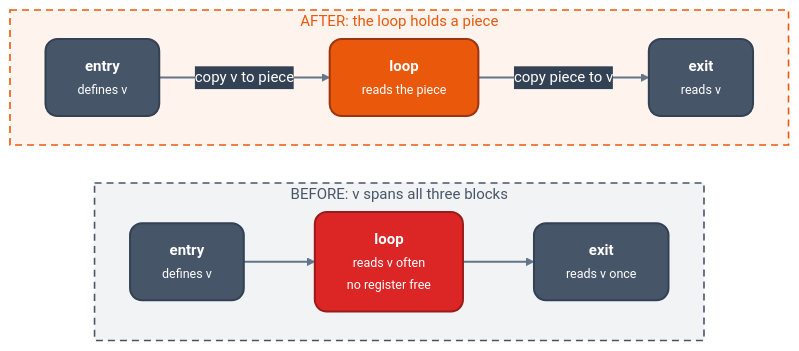
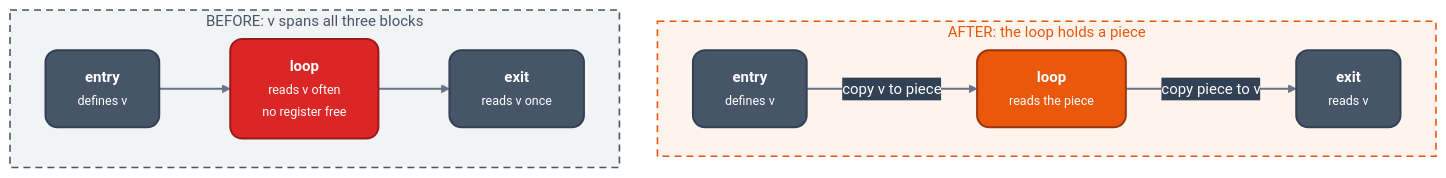
The diagram in docs/machine/register-allocation/splitting.md (ali-mosavian/llrm), drawn with Mermaid before and after one commit. The commit also changed 3 other files, not shown here.

````diff
--- a/docs/machine/register-allocation/splitting.md
+++ b/docs/machine/register-allocation/splitting.md
@@ -34,19 +34,19 @@
 ```mermaid
 %%{init: {'theme':'base','themeVariables':{'fontFamily':'Segoe UI, Helvetica Neue, Arial, DejaVu Sans, sans-serif','fontSize':'15px','primaryColor':'#475569','primaryTextColor':'#ffffff','primaryBorderColor':'#334155','lineColor':'#64748b','secondaryColor':'#475569','tertiaryColor':'transparent','clusterBkg':'transparent','clusterBorder':'#64748b','edgeLabelBackground':'#334155','textColor':'#64748b','titleColor':'#64748b'},'flowchart':{'curve':'basis','nodeSpacing':38,'rankSpacing':46,'padding':16,'htmlLabels':true,'useMaxWidth':true}}}%%
-flowchart LR
+flowchart TB
   classDef src fill:#2563eb,stroke:#1e40af,stroke-width:2px,color:#ffffff,rx:12px,ry:12px
   classDef mid fill:#475569,stroke:#334155,stroke-width:2px,color:#ffffff,rx:12px,ry:12px
   classDef opt fill:#ea580c,stroke:#9a3412,stroke-width:2px,color:#ffffff,rx:12px,ry:12px
   classDef warn fill:#dc2626,stroke:#991b1b,stroke-width:2px,color:#ffffff,rx:12px,ry:12px
   linkStyle default stroke:#64748b,stroke-width:2.2px
+  subgraph after["AFTER: the loop holds a piece"]
+    direction LR
+    b1["<b>entry</b><br/><small>defines v</small>"]:::mid -->|copy v to piece| b2["<b>loop</b><br/><small>reads the piece</small>"]:::opt -->|copy piece to v| b3["<b>exit</b><br/><small>reads v</small>"]:::mid
+  end
   subgraph before["BEFORE: v spans all three blocks"]
     direction LR
     a1["<b>entry</b><br/><small>defines v</small>"]:::mid --> a2["<b>loop</b><br/><small>reads v often<br/>no register free</small>"]:::warn --> a3["<b>exit</b><br/><small>reads v once</small>"]:::mid
   end
-  subgraph after["AFTER: the loop holds a piece"]
-    direction LR
-    b1["<b>entry</b><br/><small>defines v</small>"]:::mid -->|copy v to piece| b2["<b>loop</b><br/><small>reads the piece</small>"]:::opt -->|copy piece to v| b3["<b>exit</b><br/><small>reads v</small>"]:::mid
-  end
   style before fill:#47556912,stroke:#475569,stroke-width:1.6px,stroke-dasharray:7 5,color:#475569
   style after fill:#ea580c12,stroke:#ea580c,stroke-width:1.6px,stroke-dasharray:7 5,color:#ea580c
 ```
````
